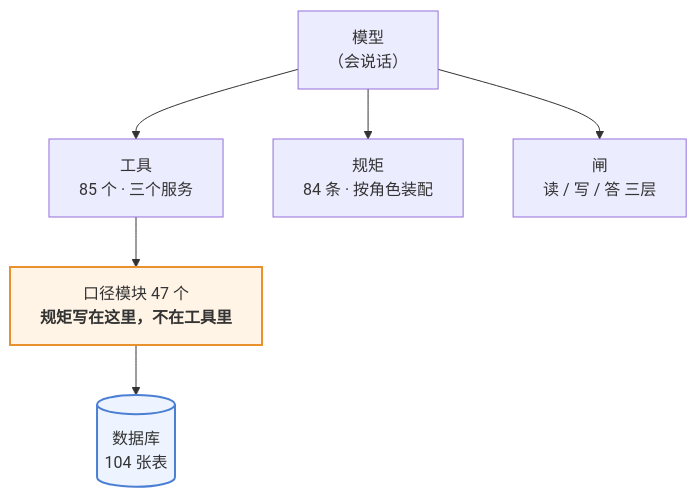
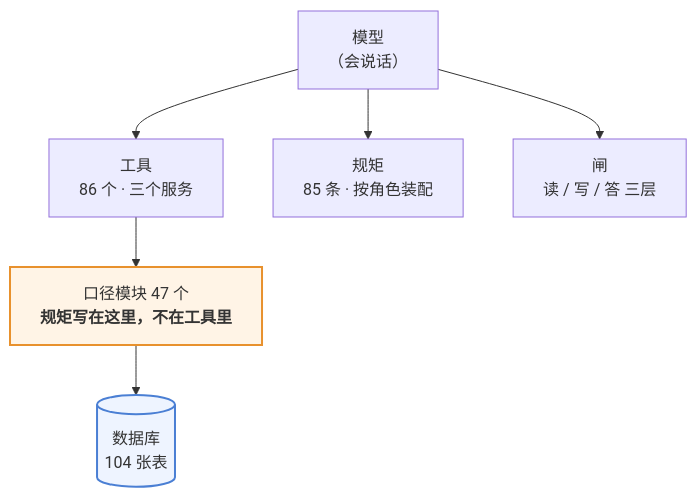
The first of 3 diagrams in 澜绣云裳agent-产品说明.md (843773296-rgb/lanxiu-yunshang-agent), drawn with Mermaid before and after one commit. The commit also changed other lines of this file and 10 other files, not shown here.

````diff
--- a/澜绣云裳agent-产品说明.md
+++ b/澜绣云裳agent-产品说明.md
@@ -62,12 +62,12 @@
 ```mermaid
 flowchart TD
     M["模型<br/>（会说话）"]
-    M --> T["工具<br/>85 个 · 三个服务"]
-    M --> R["规矩<br/>84 条 · 按角色装配"]
+    M --> T["工具<br/>86 个 · 三个服务"]
+    M --> R["规矩<br/>85 条 · 按角色装配"]
     M --> G["闸<br/>读 / 写 / 答 三层"]
     T --> K["口径模块 47 个<br/><b>规矩写在这里，不在工具里</b>"]
     K --> DB[("数据库<br/>104 张表")]
 
     style K fill:#fff4e6,stroke:#e8912d,stroke-width:2px
     style DB fill:#eef4ff,stroke:#4a7fd4,stroke-width:2px
 ```
````
